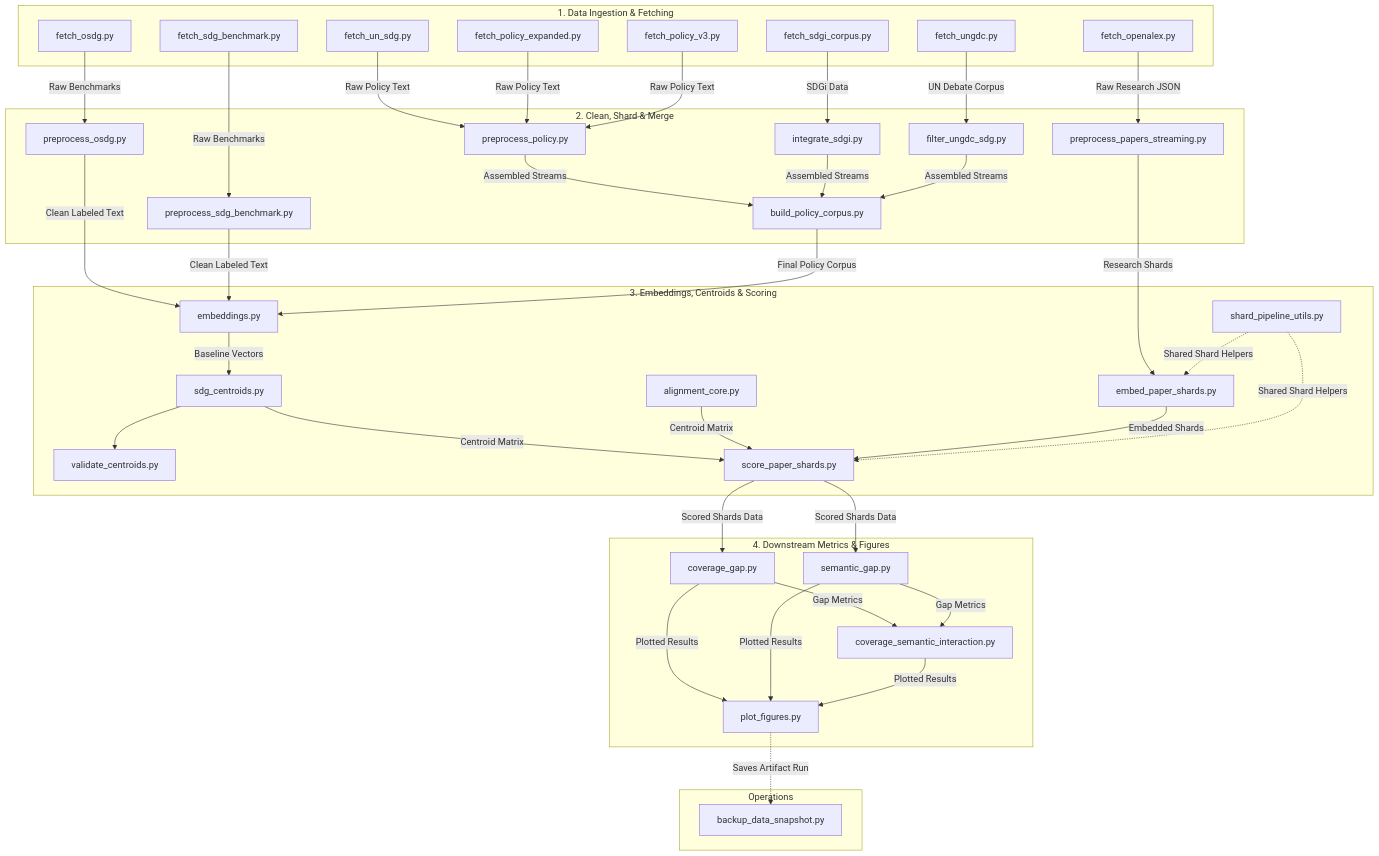
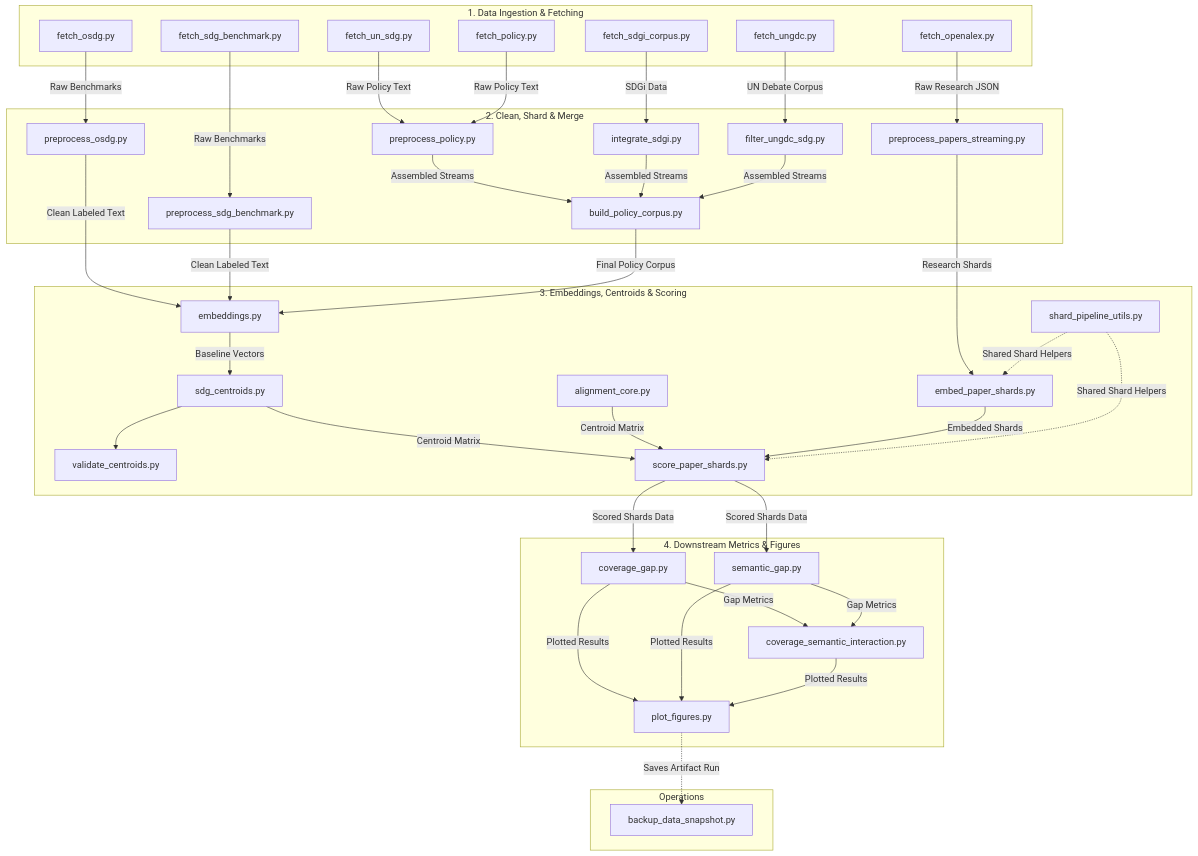
The diagram in README.md (qmanhbeo/msc-dissertation-leo), drawn with Mermaid before and after one commit. The commit also changed other lines of this file and 9 other files, not shown here.

Commit message:
Unify policy fetch/preprocess pipeline and metadata layout

```diff
--- a/README.md
+++ b/README.md
@@ -20,8 +20,7 @@
         A2[fetch_osdg.py]
         A3[fetch_sdg_benchmark.py]
         A4[fetch_un_sdg.py]
-        A5[fetch_policy_expanded.py]
-        A6[fetch_policy_v3.py]
+        A5[fetch_policy.py]
         A7[fetch_sdgi_corpus.py]
         A8[fetch_ungdc.py]
     end
@@ -67,7 +66,6 @@
     A3 -->|Raw Benchmarks| B3
     A4 -->|Raw Policy Text| B4
     A5 -->|Raw Policy Text| B4
-    A6 -->|Raw Policy Text| B4
     A7 -->|SDGi Data| B5
     A8 -->|UN Debate Corpus| B6
 
```
